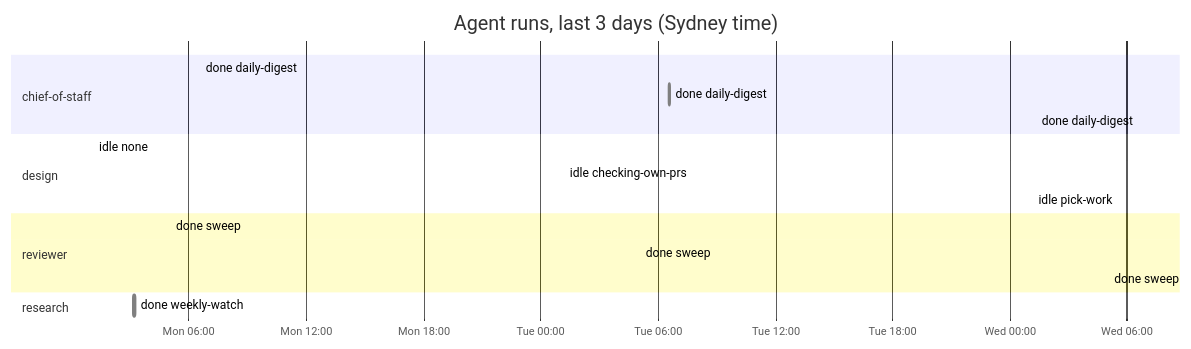
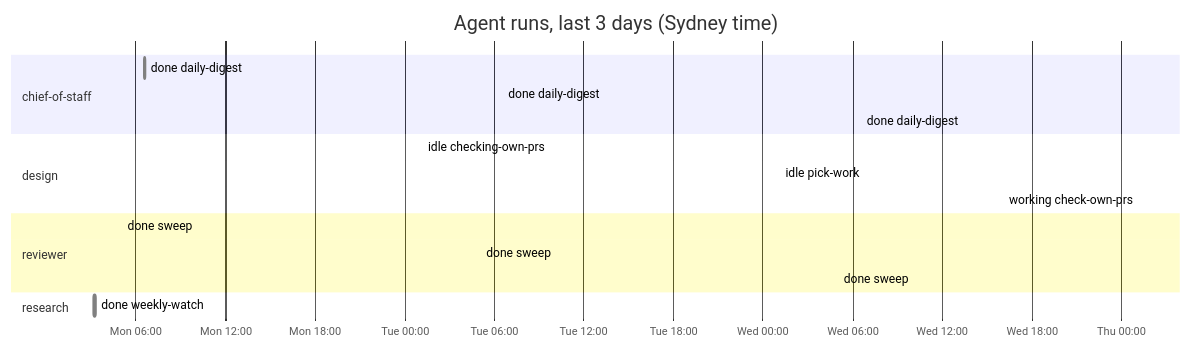
One commit to roulmediateam-byte/fifteen-expert-hq changed the diagram in dashboard.md. Above: the diagram before and after it, drawn with Mermaid. The commit also changed other lines of this file and 1 other file, not shown here.

````diff
--- a/dashboard.md
+++ b/dashboard.md
@@ -45,20 +45,20 @@
 ```mermaid
 gantt
     title Agent runs, last 3 days (Sydney time)
     dateFormat YYYY-MM-DD HH:mm
     axisFormat %a %H:%M
     section chief-of-staff
     done daily-digest :done, 2026-11-16 06:35, 2026-11-16 06:36
     done daily-digest :done, 2026-11-17 06:35, 2026-11-17 06:36
     done daily-digest :done, 2026-11-18 06:35, 2026-11-18 06:36
     section design
-    idle none :done, 2026-11-16 01:08, 2026-11-16 01:08
     idle checking-own-prs :done, 2026-11-17 01:12, 2026-11-17 01:12
     idle pick-work :done, 2026-11-18 01:11, 2026-11-18 01:11
+    working check-own-prs :active, 2026-11-19 01:10, 2026-11-19 01:11
     section reviewer
     done sweep :done, 2026-11-16 05:05, 2026-11-16 05:06
     done sweep :done, 2026-11-17 05:05, 2026-11-17 05:05
     done sweep :done, 2026-11-18 05:04, 2026-11-18 05:05
     section research
     done weekly-watch :done, 2026-11-16 03:10, 2026-11-16 03:17
 ```
````
